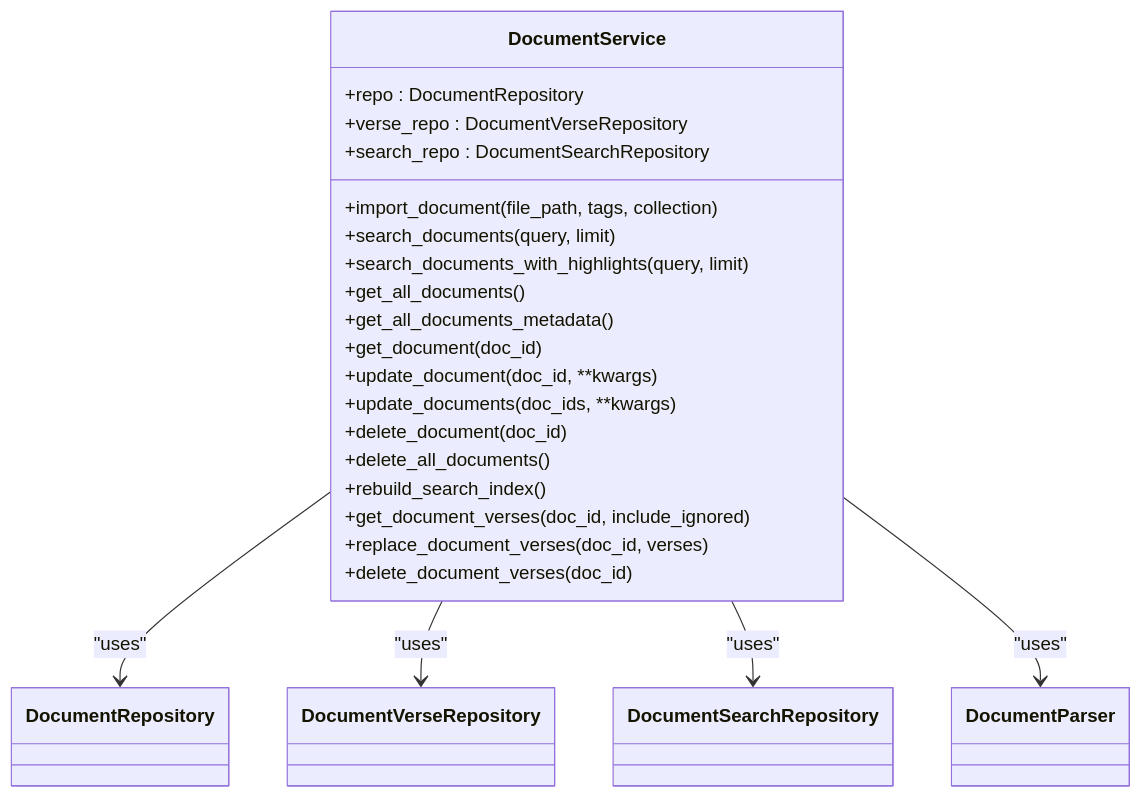
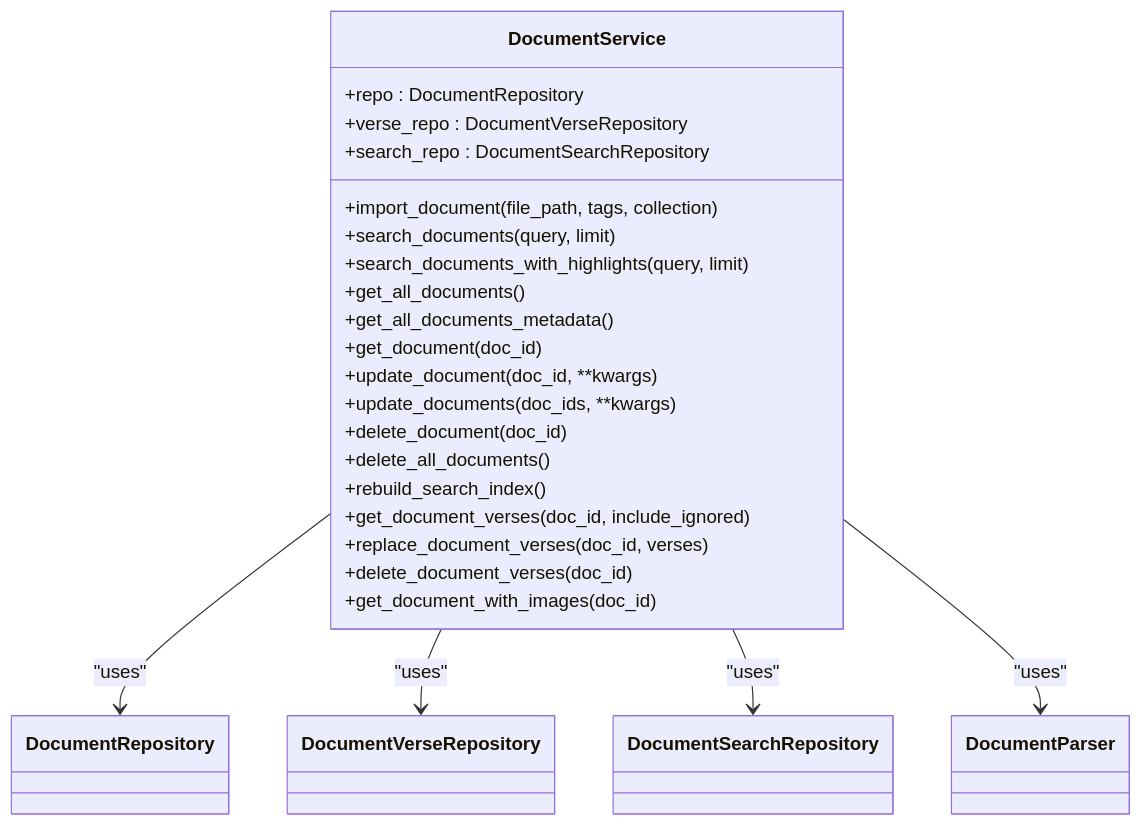
The third of 14 diagrams in .qoder/repowiki/en/content/Architecture Overview/Pillar-Based Architecture/Document Manager Pillar/Document Manager Pillar.md (TheDaniel166/IsopGem), drawn with Mermaid before and after one commit. The commit also changed other lines of this file and 29 other files, not shown here.

````diff
--- a/.qoder/repowiki/en/content/Architecture Overview/Pillar-Based Architecture/Document Manager Pillar/Document Manager Pillar.md
+++ b/.qoder/repowiki/en/content/Architecture Overview/Pillar-Based Architecture/Document Manager Pillar/Document Manager Pillar.md
@@ -157,26 +168,27 @@
 ```mermaid
 classDiagram
 class DocumentService {
 +repo : DocumentRepository
 +verse_repo : DocumentVerseRepository
 +search_repo : DocumentSearchRepository
 +import_document(file_path, tags, collection)
 +search_documents(query, limit)
 +search_documents_with_highlights(query, limit)
 +get_all_documents()
 +get_all_documents_metadata()
 +get_document(doc_id)
 +update_document(doc_id, **kwargs)
 +update_documents(doc_ids, **kwargs)
 +delete_document(doc_id)
 +delete_all_documents()
 +rebuild_search_index()
 +get_document_verses(doc_id, include_ignored)
 +replace_document_verses(doc_id, verses)
 +delete_document_verses(doc_id)
++get_document_with_images(doc_id)
 }
 DocumentService --> DocumentRepository : "uses"
 DocumentService --> DocumentVerseRepository : "uses"
 DocumentService --> DocumentSearchRepository : "uses"
 DocumentService --> DocumentParser : "uses"
 ```
````
